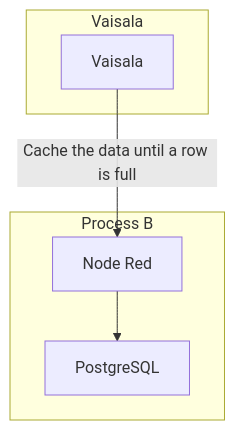
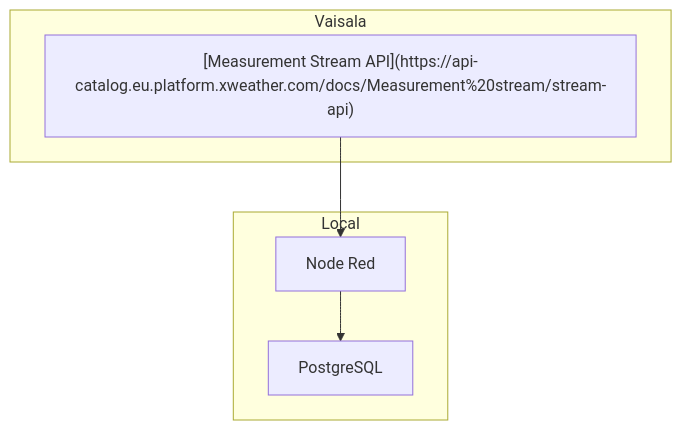
One commit to jonss0777/DIY_Sensor changed the diagram in README.md. Above: the diagram before and after it, drawn with Mermaid.

````diff
--- a/README.md
+++ b/README.md
@@ -5,16 +5,12 @@
 ```mermaid
   flowchart TD
     subgraph Vaisala
-        A1[Vaisala]
+        A1["[Measurement Stream API](https://api-catalog.eu.platform.xweather.com/docs/Measurement%20stream/stream-api)"]
     end
 
-    subgraph Process B
+    subgraph Local
        B1[Node Red] --> B2[PostgreSQL]
-        
     end
-
-
-
-    A1 -->  |Cache the data until a row is full|B1
+    A1 --> B1
 
 ```
````
